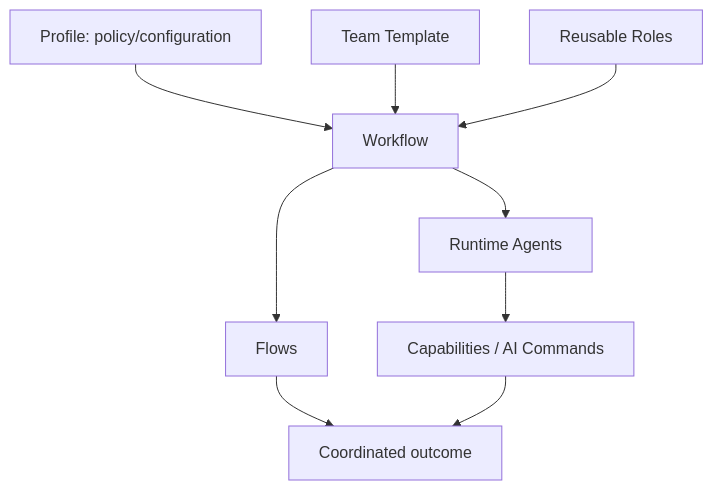
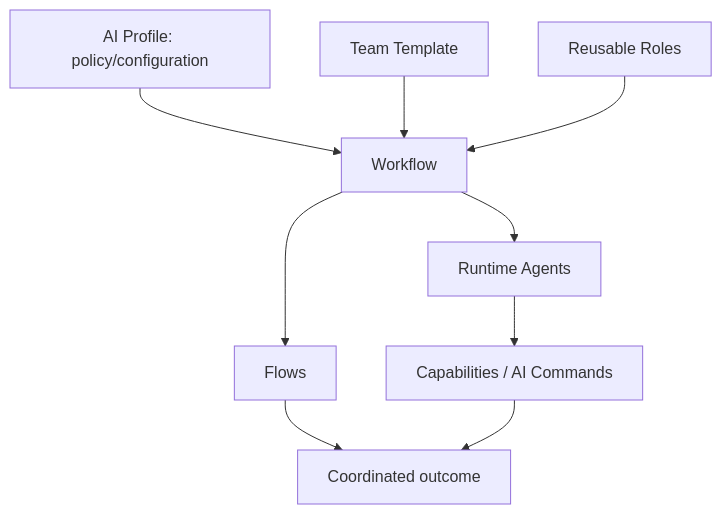
The first of 4 diagrams in README.md (starodubtsevconsulting/ai-workflows), drawn with Mermaid before and after one commit. The commit also changed other lines of this file, not shown here.

Commit message:
Link Profile vocabulary to AI Profile repository and simplify role terminology

````diff
--- a/README.md
+++ b/README.md
@@ -7,11 +7,11 @@
 ```mermaid
 flowchart TD
-  Profile["Profile: policy/configuration"] --> Workflow["Workflow"]
+  Profile["AI Profile: policy/configuration"] --> Workflow["Workflow"]
   Template["Team Template"] --> Workflow
   Roles["Reusable Roles"] --> Workflow
   Workflow --> Flows["Flows"]
   Workflow --> Agents["Runtime Agents"]
   Agents --> Commands["Capabilities / AI Commands"]
   Flows --> Outcome["Coordinated outcome"]
   Commands --> Outcome
 ```
````
